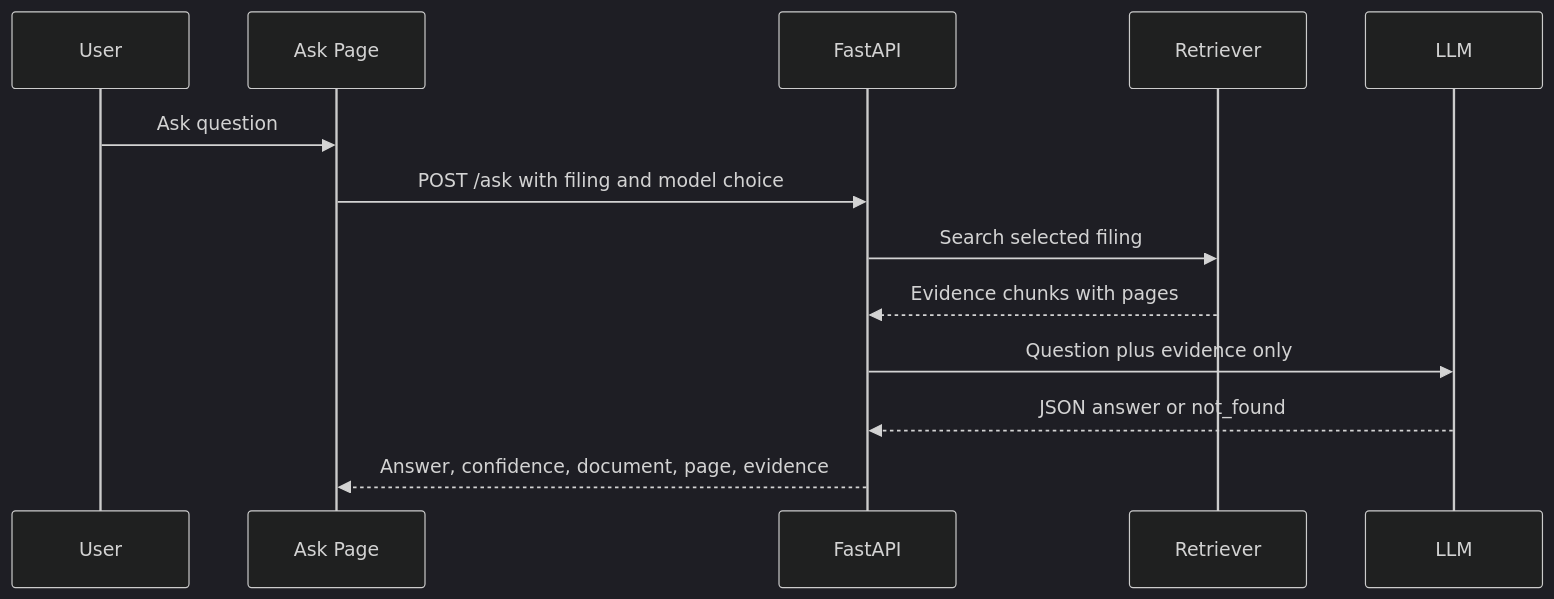
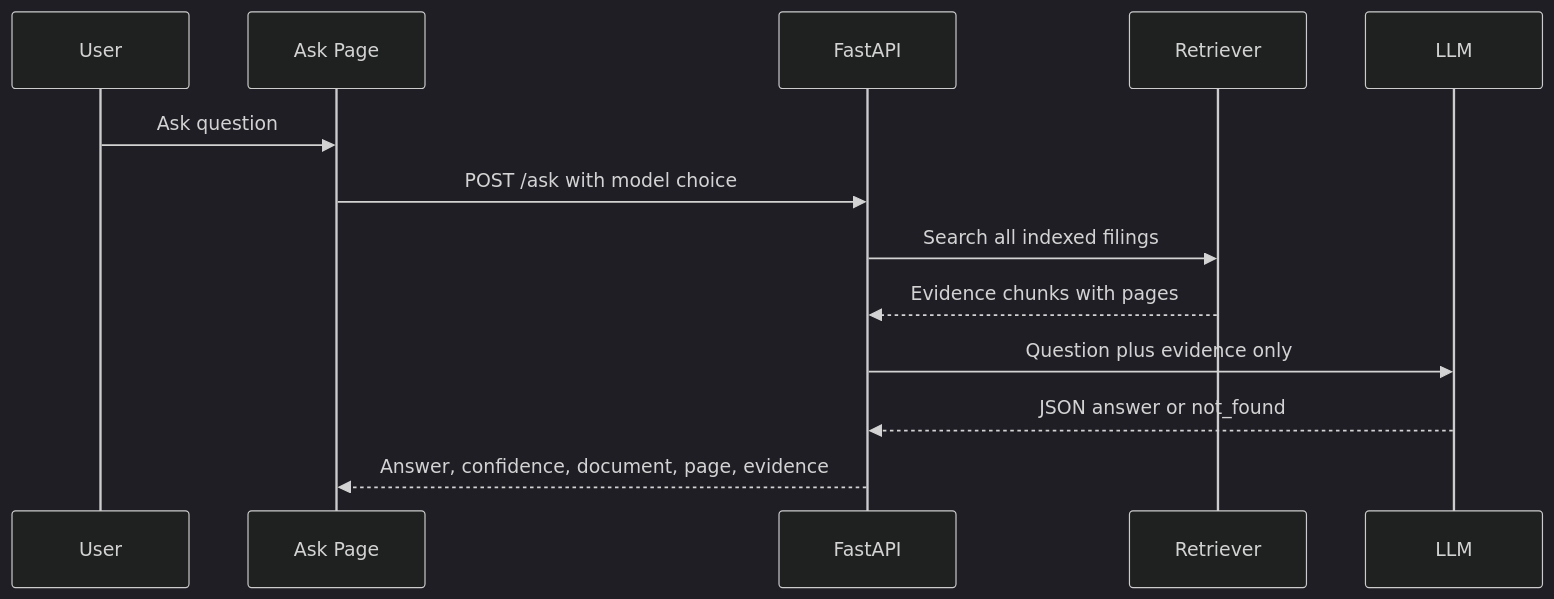
One commit to vrize-poc-demo/evidence-alpha changed the third of 4 diagrams in docs/ARCHITECTURE.md. Above: the diagram before and after it, drawn with Mermaid (dark theme). The commit also changed other lines of this file and 10 other files, not shown here.

Commit message:
Search all filings from chat

````diff
--- a/docs/ARCHITECTURE.md
+++ b/docs/ARCHITECTURE.md
@@ -46,16 +46,16 @@
 ```mermaid
 sequenceDiagram
     participant U as User
     participant UI as Ask Page
     participant API as FastAPI
     participant R as Retriever
     participant L as LLM
 
     U->>UI: Ask question
-    UI->>API: POST /ask with filing and model choice
-    API->>R: Search selected filing
+    UI->>API: POST /ask with model choice
+    API->>R: Search all indexed filings
     R-->>API: Evidence chunks with pages
     API->>L: Question plus evidence only
     L-->>API: JSON answer or not_found
     API-->>UI: Answer, confidence, document, page, evidence
 ```
````
